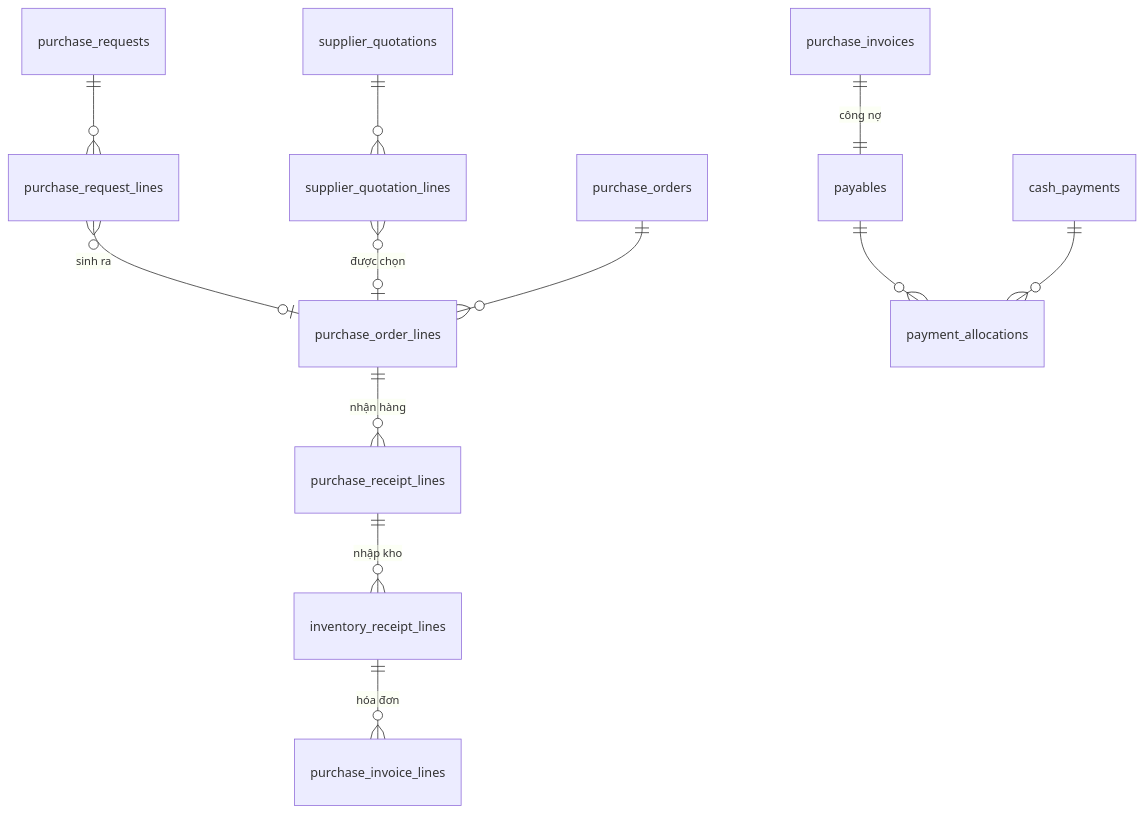
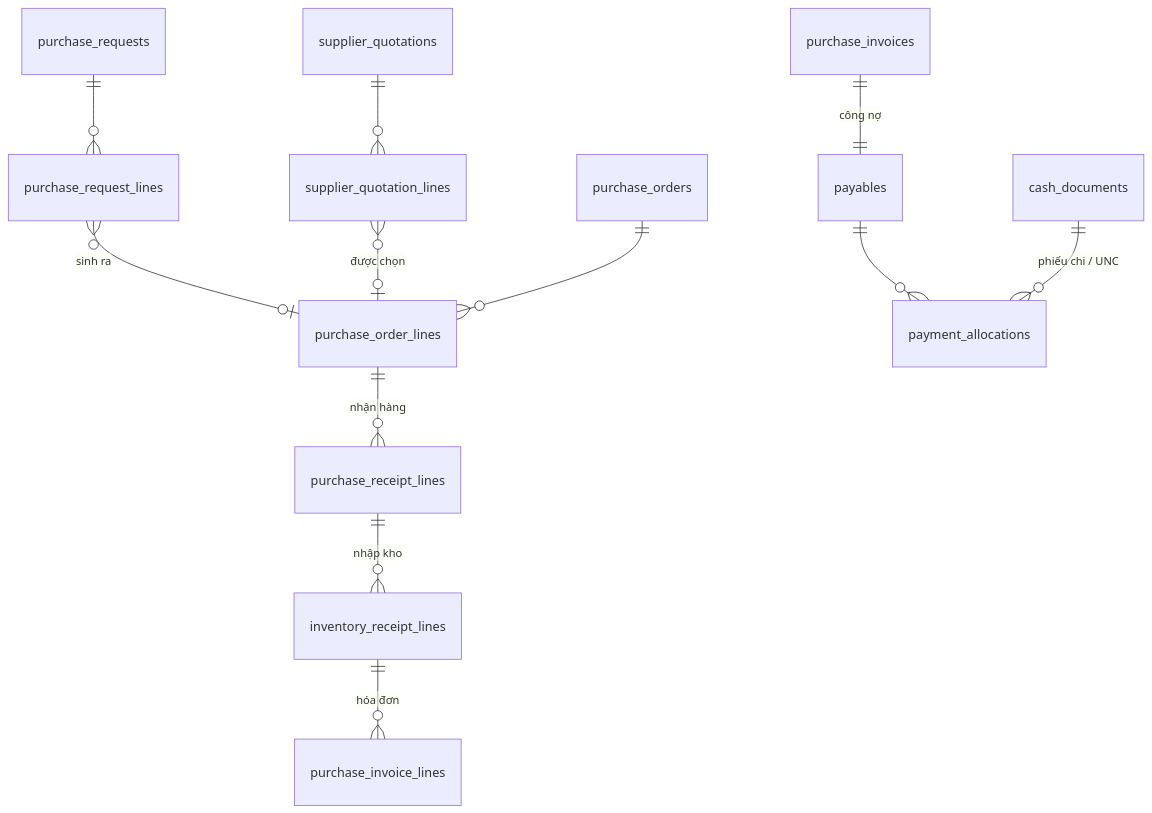
The third of 6 diagrams in inventory-management-ai-skeleton/docs/03-database-design.md (haict/pqb_ai), drawn with Mermaid before and after one commit. The commit also changed other lines of this file and 446 other files, not shown here.

````diff
--- a/inventory-management-ai-skeleton/docs/03-database-design.md
+++ b/inventory-management-ai-skeleton/docs/03-database-design.md
@@ -229,14 +231,14 @@
 ```mermaid
 erDiagram
     purchase_requests ||--o{ purchase_request_lines : ""
     purchase_request_lines }o--o| purchase_order_lines : "sinh ra"
     supplier_quotations ||--o{ supplier_quotation_lines : ""
     supplier_quotation_lines }o--o| purchase_order_lines : "được chọn"
     purchase_orders ||--o{ purchase_order_lines : ""
     purchase_order_lines ||--o{ purchase_receipt_lines : "nhận hàng"
     purchase_receipt_lines ||--o{ inventory_receipt_lines : "nhập kho"
     inventory_receipt_lines ||--o{ purchase_invoice_lines : "hóa đơn"
     purchase_invoices ||--|| payables : "công nợ"
     payables ||--o{ payment_allocations : ""
-    cash_payments ||--o{ payment_allocations : ""
+    cash_documents ||--o{ payment_allocations : "phiếu chi / UNC"
 ```
````
